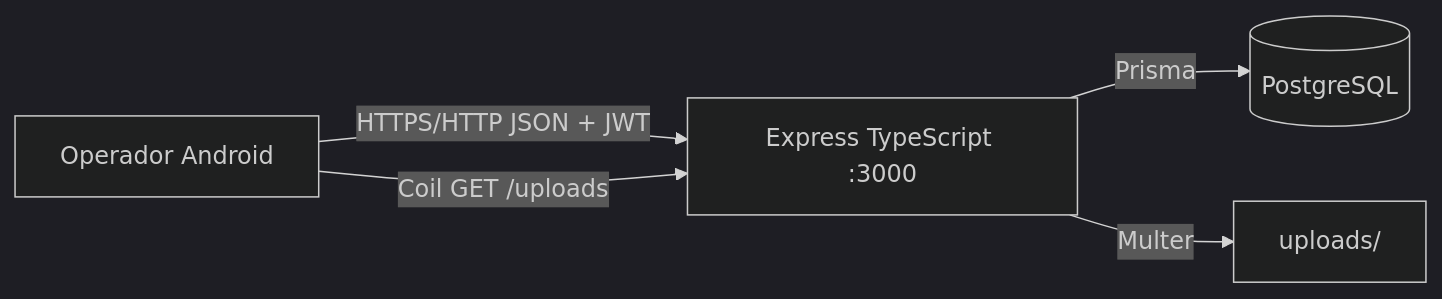
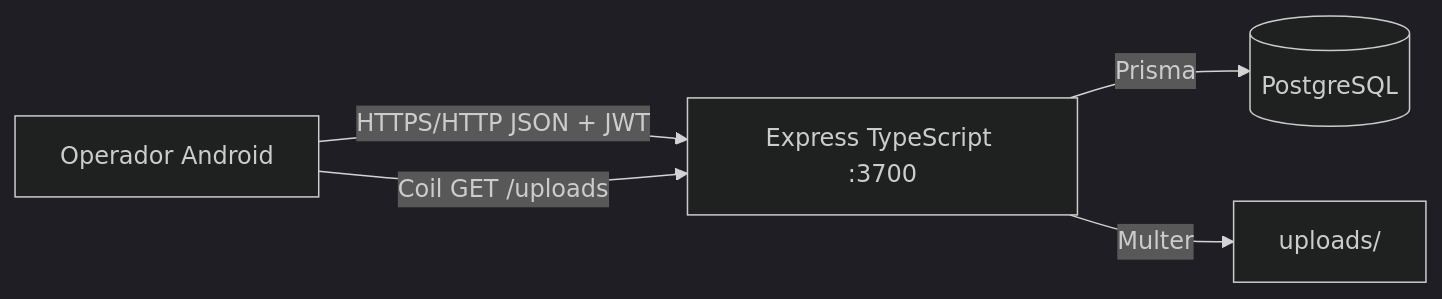
One commit to joterrones/Credimas changed the first of 2 diagrams in docs/ARCHITECTURE.md. Above: the diagram before and after it, drawn with Mermaid (dark theme). The commit also changed other lines of this file and 9 other files, not shown here.

````diff
--- a/docs/ARCHITECTURE.md
+++ b/docs/ARCHITECTURE.md
@@ -11,12 +11,12 @@
 ```mermaid
 flowchart LR
   Admin[Operador Android]
-  API[Express TypeScript :3000]
+  API[Express TypeScript :3700]
   PG[(PostgreSQL)]
   Disk[uploads/]
 
   Admin -->|HTTPS/HTTP JSON + JWT| API
   API -->|Prisma| PG
   API -->|Multer| Disk
   Admin -->|Coil GET /uploads| API
 ```
````
